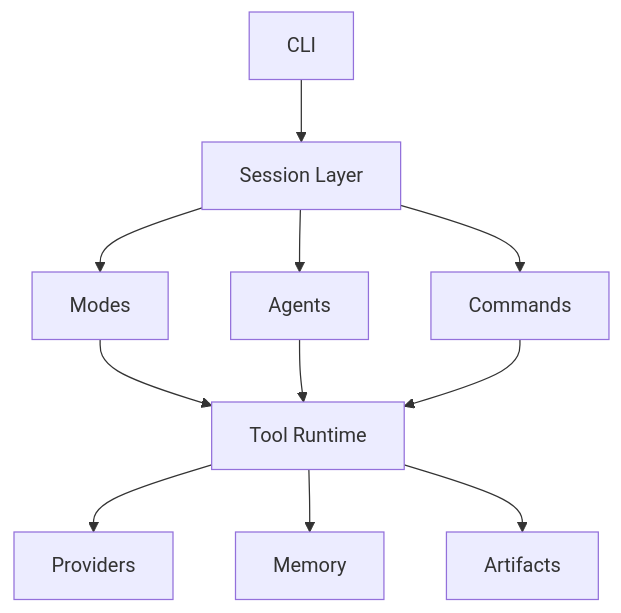
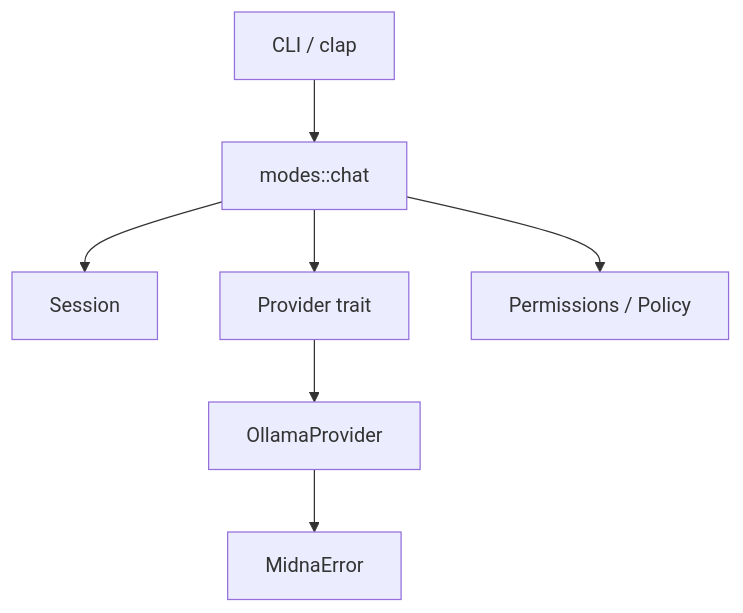
One commit to kenshin-morioka/midna changed the diagram in docs/design/midna_design_doc_v0_1.md. Above: the diagram before and after it, drawn with Mermaid. The commit also changed other lines of this file and 1 other file, not shown here.

First line of the commit message:
docs(design): reshape midna v0 design doc to feature-implementation format

````diff
--- a/docs/design/midna_design_doc_v0_1.md
+++ b/docs/design/midna_design_doc_v0_1.md
@@ -80,23 +44,17 @@
-```mermaid
-flowchart TD
-    CLI[CLI]
-    Session[Session Layer]
-    Modes[Modes]
-    Agents[Agents]
-    Commands[Commands]
-    Tools[Tool Runtime]
-    Providers[Providers]
-    Memory[Memory]
-    Artifacts[Artifacts]
+  ```mermaid
+  flowchart TD
+      CLI[CLI / clap]
+      Session[Session]
+      ChatMode[modes::chat]
+      Provider[Provider trait]
+      Ollama[OllamaProvider]
+      Error[MidnaError]
+      Perm[Permissions / Policy]
 
-    CLI --> Session
-    Session --> Modes
-    Session --> Agents
-    Session --> Commands
-    Modes --> Tools
-    Agents --> Tools
-    Commands --> Tools
-    Tools --> Providers
-    Tools --> Memory
-    Tools --> Artifacts
-```
+      CLI --> ChatMode
+      ChatMode --> Session
+      ChatMode --> Provider
+      Provider --> Ollama
+      Ollama --> Error
+      ChatMode --> Perm
+  ```
````
